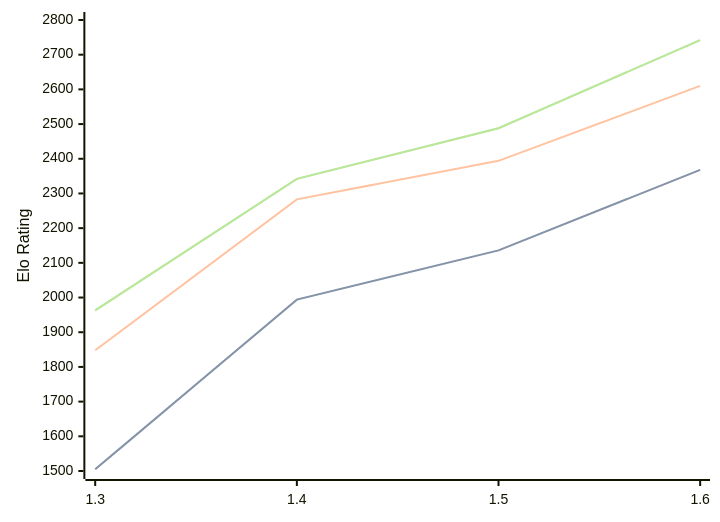
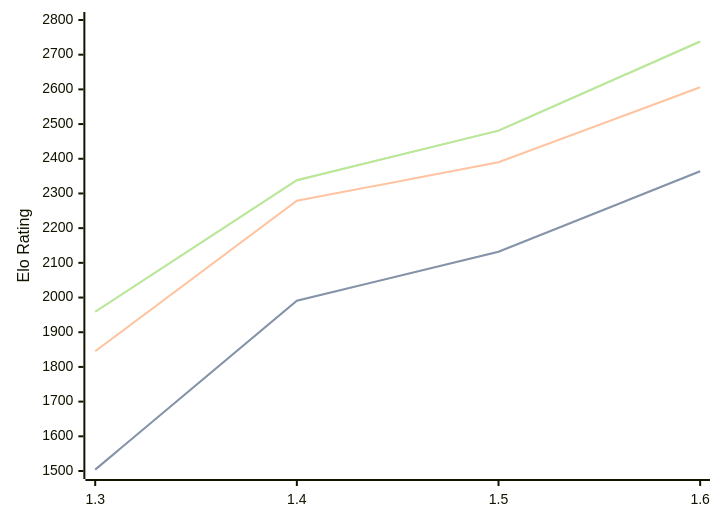
One commit to computer-chess-index/cci changed the third of 3 diagrams in engines/Facon.md. Above: the diagram before and after it, drawn with Mermaid. The commit also changed other lines of this file, not shown here.

Commit message:
Update CCI Ratings (ELO VLTC) - 2026-07-16

````diff
--- a/engines/Facon.md
+++ b/engines/Facon.md
@@ -70,11 +70,11 @@
 ```mermaid
 %%{init: {"theme":"base","themeVariables":{"seriesColors:['#a3a3a3','#222221','#faa371']}}}%%
 xychart-beta
   x-axis ["1.3", "1.4", "1.5", "1.6"]
   y-axis "Elo Rating" 1500 --> 2800
-  line "STC (8.0+0.08s)" [1505, 1994, 2136, 2368]
-  line "STC (8.0+0.08s)" [1505, 1994, 2136, 2368]
-  line "LTC (60.0+0.60s)" [1848, 2283, 2394, 2610]
-  line "VLTC (2m24s+1.12s)" [1963, 2342, 2488, 2742]
-  line "VLTC (2m24s+1.12s)" [1963, 2342, 2488, 2742]
+  line "STC (8.0+0.08s)" [1504, 1991, 2132, 2364]
+  line "STC (8.0+0.08s)" [1504, 1991, 2132, 2364]
+  line "LTC (60.0+0.60s)" [1845, 2279, 2390, 2606]
+  line "VLTC (2m24s+1.12s)" [1959, 2338, 2481, 2738]
+  line "VLTC (2m24s+1.12s)" [1959, 2338, 2481, 2738]
 ```
````
